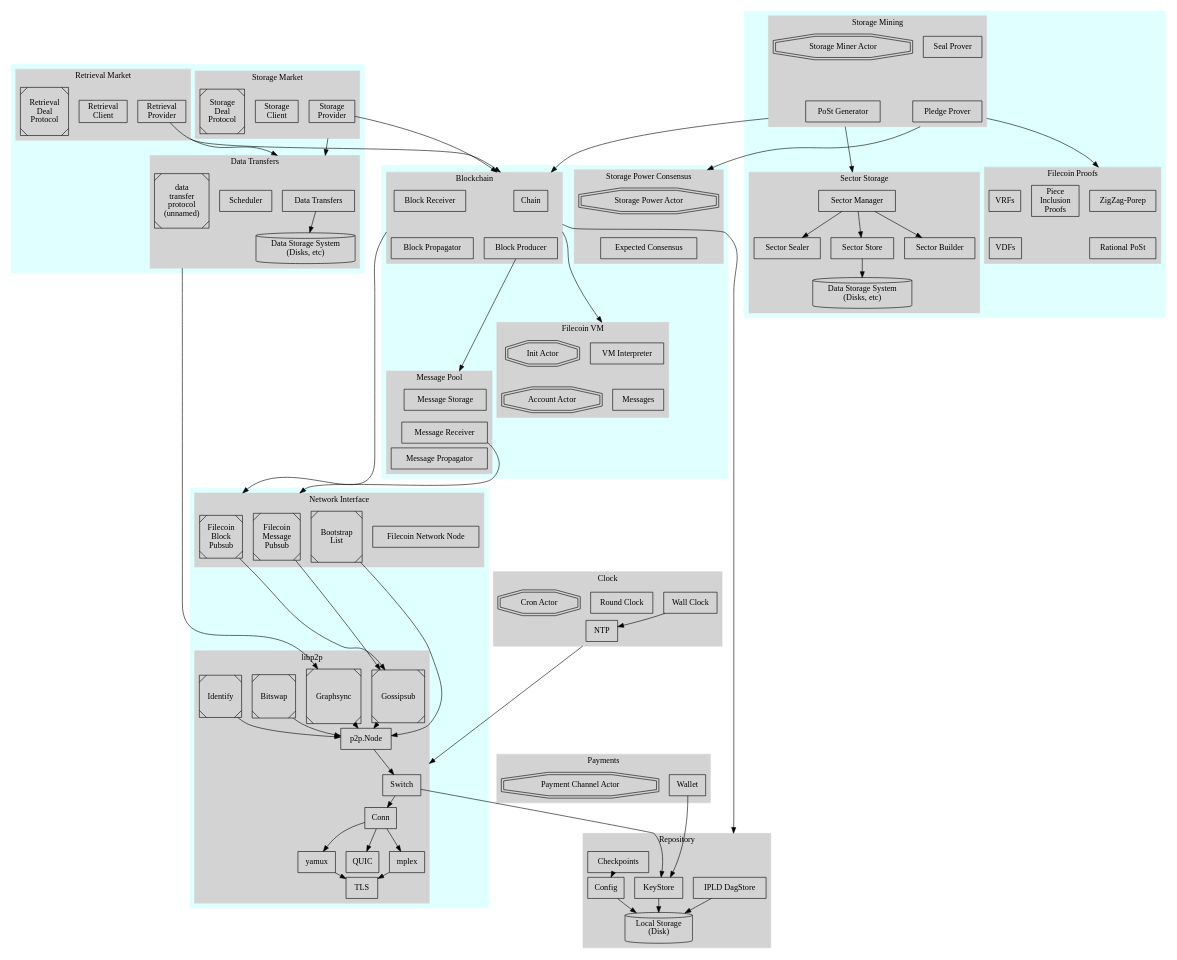
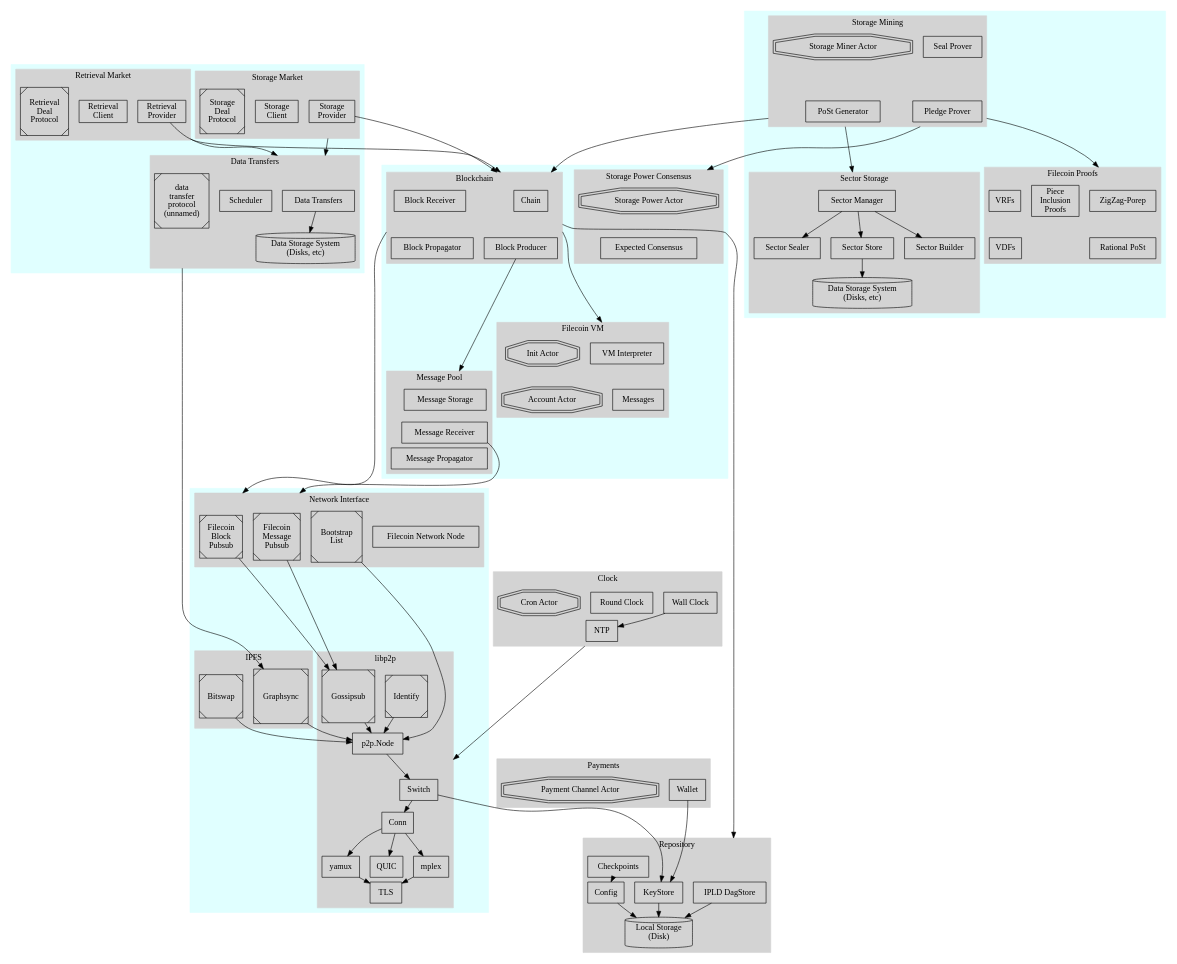
The diagram in diagrams/overview1/overview.dot (filecoin-project/specs), drawn with Graphviz before and after one commit. The commit also changed 1 other file, not shown here.

Commit message:
ipfs to diag

```diff
--- a/diagrams/overview1/overview.dot
+++ b/diagrams/overview1/overview.dot
@@ -292,6 +292,18 @@
       }
     }
 
+    subgraph cluster_ipfs {
+      style=filled
+      color=lightgrey
+      label = "IPFS"
+
+      { // libp2p protocols
+        node [shape=Msquare]
+        "Graphsync"
+        "Bitswap"
+      }
+    }
+
     subgraph cluster_libp2p {
       style=filled
       color=lightgrey
@@ -312,8 +324,6 @@
         node [shape=Msquare]
         "Identify"
         "Gossipsub"
-        "Graphsync"
-        "Bitswap"
       }
 
       "Identify" -> "p2p.Node"
```
